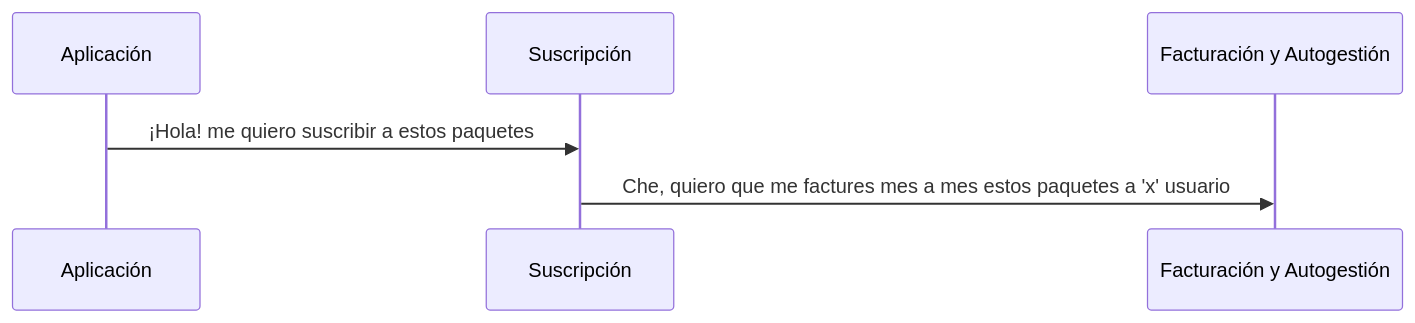
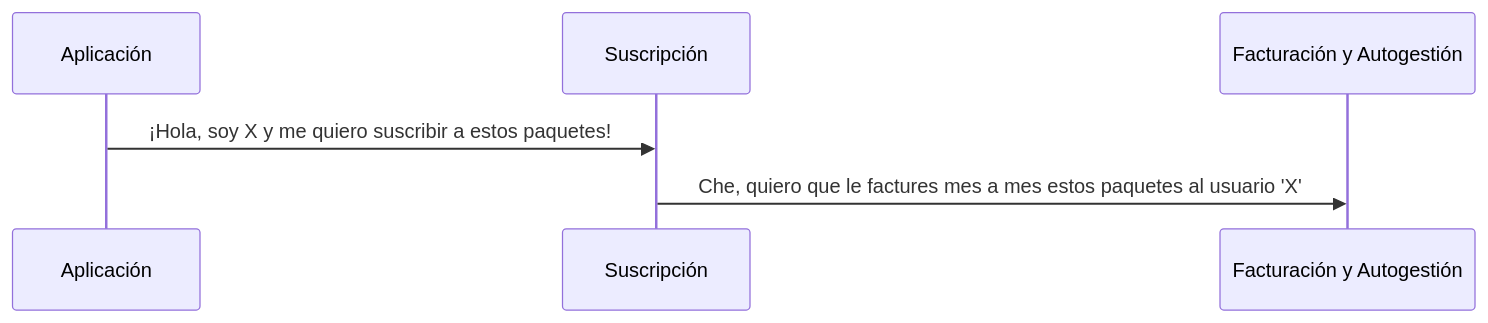
Before and after one commit to LaggerP/facturacion-documentation: the first of 6 diagrams in README.md, drawn with Mermaid. The commit also changed 10 other files, not shown here.

````diff
--- a/README.md
+++ b/README.md
@@ -11,8 +11,8 @@
 ```mermaid
 sequenceDiagram
     participant A as Aplicación
     participant S as Suscripción
     participant F as Facturación y Autogestión
-    A->>S: ¡Hola! me quiero suscribir a estos paquetes
-    S->>F: Che, quiero que me factures mes a mes estos paquetes a 'x' usuario
+    A->>S: ¡Hola, soy X y me quiero suscribir a estos paquetes!
+    S->>F: Che, quiero que le factures mes a mes estos paquetes al usuario 'X'
 ```
````
